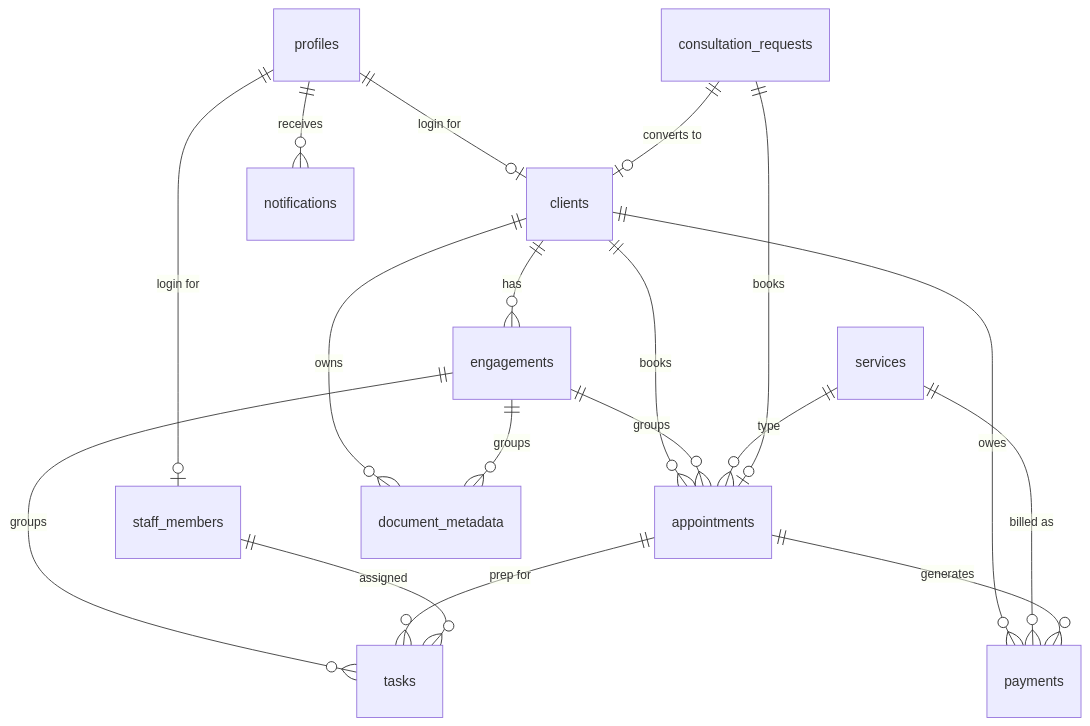
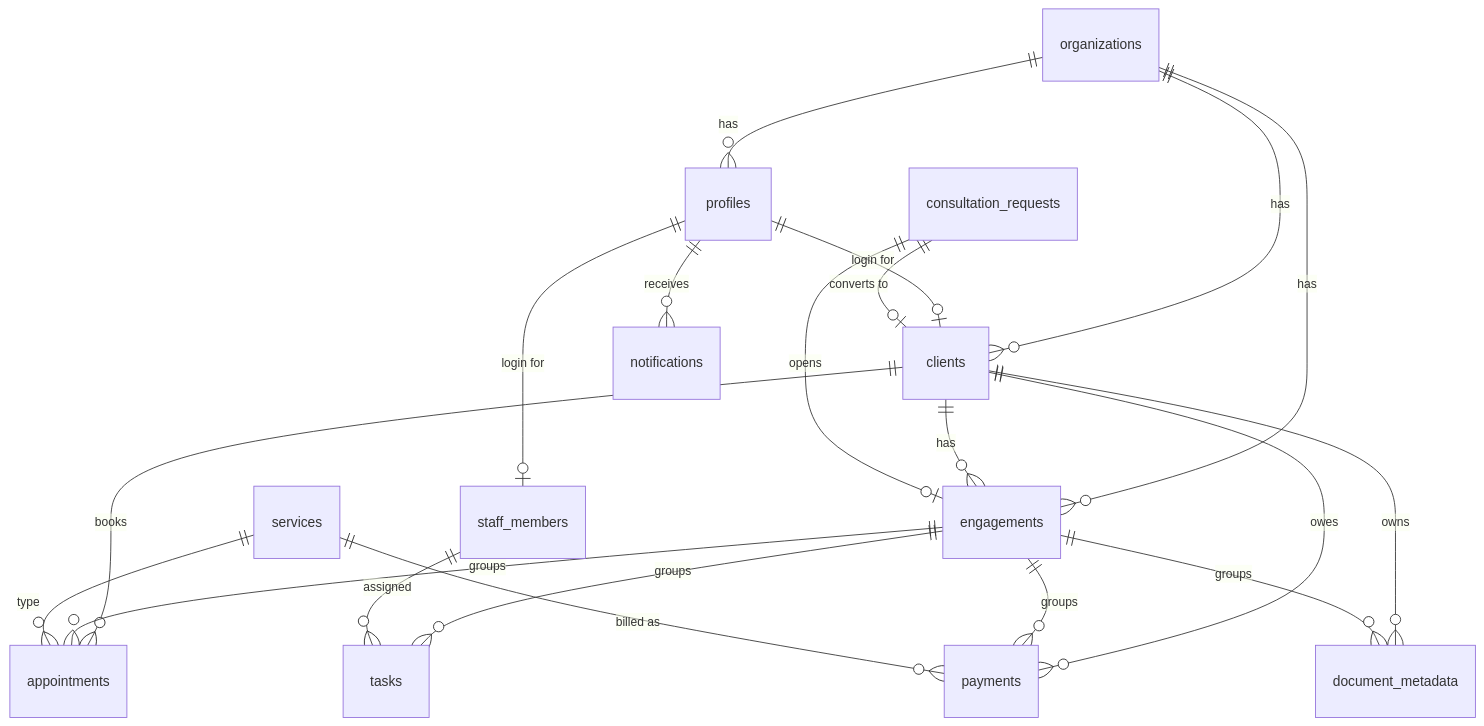
The diagram in .claude/skills/client-platform/docs/Data-Model.md (uri1414/Webskill), drawn with Mermaid before and after one commit. The commit also changed other lines of this file and 4 other files, not shown here.

````diff
--- a/.claude/skills/client-platform/docs/Data-Model.md
+++ b/.claude/skills/client-platform/docs/Data-Model.md
@@ -44,20 +50,22 @@
 ```mermaid
 erDiagram
+  organizations ||--o{ profiles : has
+  organizations ||--o{ clients : has
+  organizations ||--o{ engagements : has
   profiles ||--o| clients : "login for"
   profiles ||--o| staff_members : "login for"
   profiles ||--o{ notifications : receives
   clients ||--o{ engagements : has
   clients ||--o{ appointments : books
   clients ||--o{ payments : owes
   clients ||--o{ document_metadata : owns
   engagements ||--o{ appointments : groups
   engagements ||--o{ tasks : groups
+  engagements ||--o{ payments : groups
   engagements ||--o{ document_metadata : groups
   services ||--o{ appointments : type
   services ||--o{ payments : "billed as"
-  appointments ||--o{ tasks : "prep for"
-  appointments ||--o{ payments : generates
   staff_members ||--o{ tasks : assigned
   consultation_requests ||--o| clients : "converts to"
-  consultation_requests ||--o| appointments : books
+  consultation_requests ||--o| engagements : opens
 ```
````
